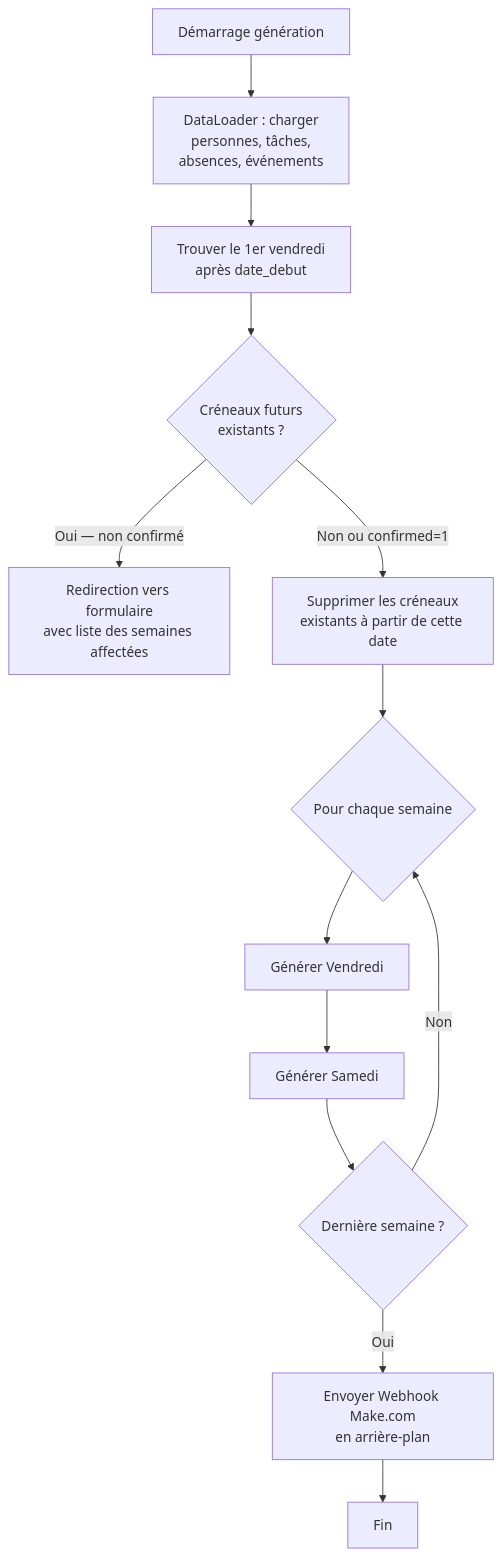
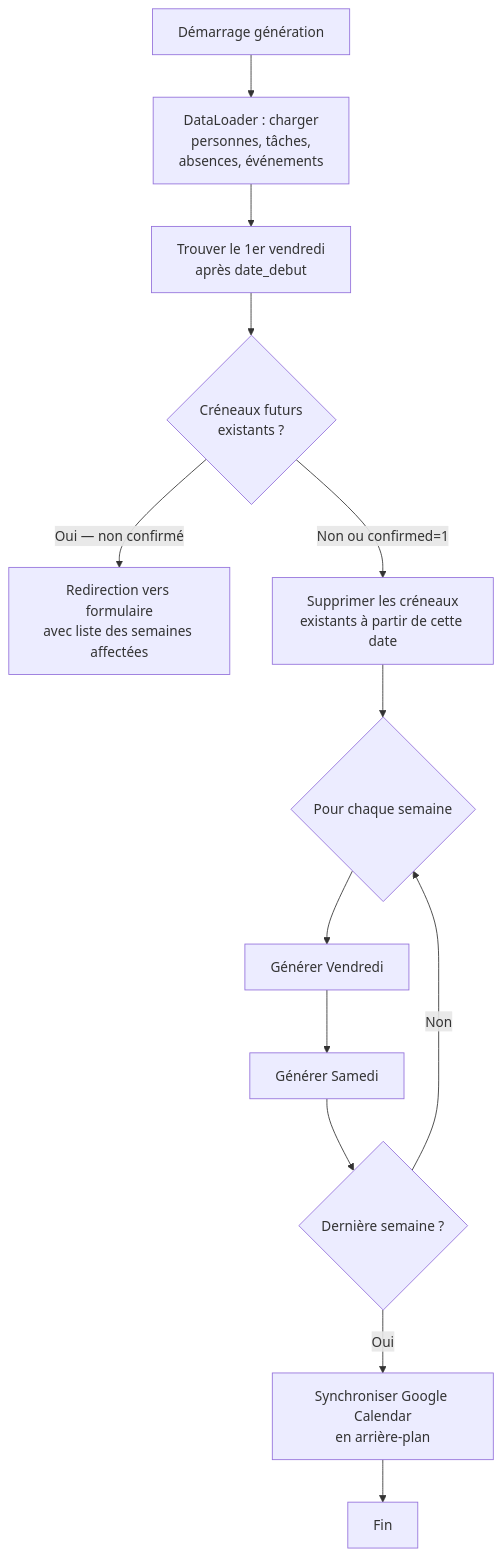
One commit to Djallel93/amana_web_planning changed the ninth of 14 diagrams in README.md. Above: the diagram before and after it, drawn with Mermaid. The commit also changed other lines of this file and 41 other files, not shown here.

First line of the commit message:
feat: Implement Google Calendar integration with new services and database migrations

````diff
--- a/README.md
+++ b/README.md
@@ -551,15 +550,15 @@
 ```mermaid
 flowchart TD
     A[Démarrage génération] --> B[DataLoader : charger\npersonnes, tâches,\nabsences, événements]
     B --> C[Trouver le 1er vendredi\naprès date_debut]
     C --> C2{Créneaux futurs\nexistants ?}
     C2 -->|Oui — non confirmé| C3[Redirection vers formulaire\navec liste des semaines affectées]
     C2 -->|Non ou confirmed=1| D[Supprimer les créneaux\nexistants à partir de cette date]
     D --> E{Pour chaque semaine}
     E --> F[Générer Vendredi]
     F --> G[Générer Samedi]
     G --> H{Dernière semaine ?}
     H -->|Non| E
-    H -->|Oui| I[Envoyer Webhook Make.com\nen arrière-plan]
+    H -->|Oui| I[Synchroniser Google Calendar\nen arrière-plan]
     I --> J[Fin]
 ```
````
